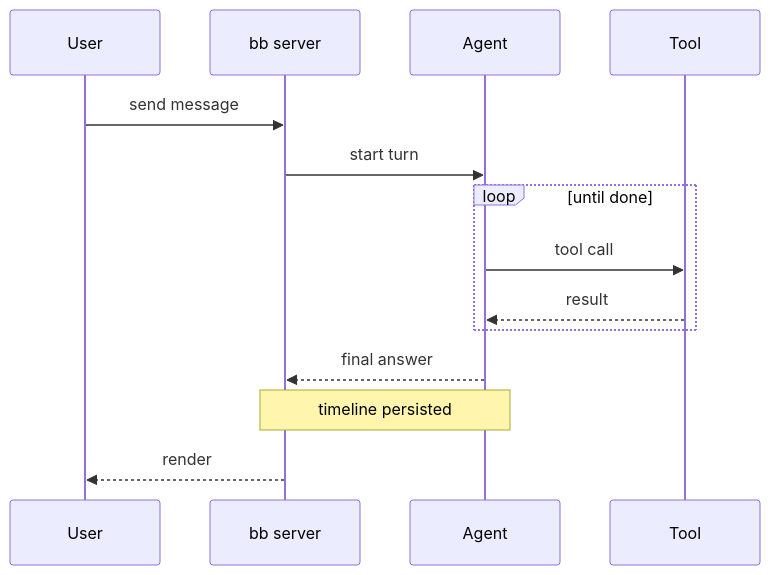
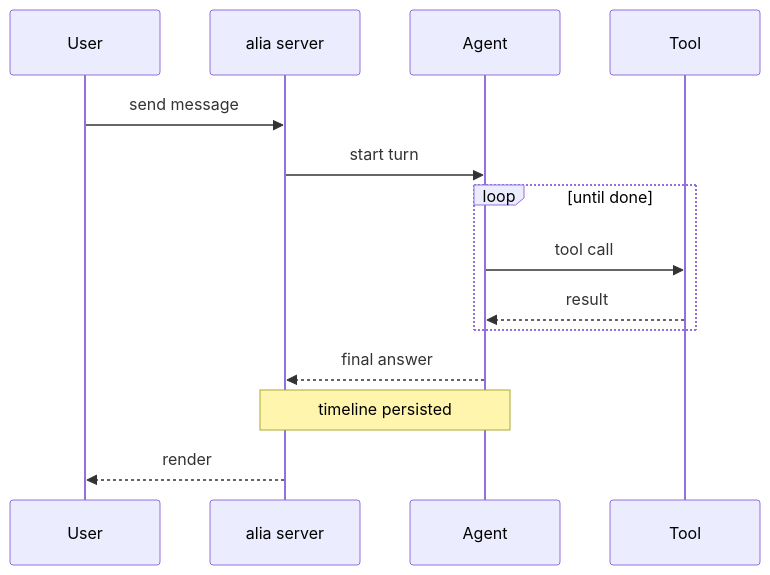
Before and after one commit to Vesnalia/vesnalia-plugins: the third of 18 diagrams in plugins/agentic-mermaid/gallery.md, drawn with Mermaid. The commit also changed other lines of this file and 13306 other files, not shown here.

````diff
--- a/plugins/agentic-mermaid/gallery.md
+++ b/plugins/agentic-mermaid/gallery.md
@@ -43,16 +43,16 @@
 ```mermaid
 sequenceDiagram
   participant U as User
-  participant B as bb server
+  participant B as alia server
   participant A as Agent
   participant T as Tool
   U->>B: send message
   B->>A: start turn
   loop until done
     A->>T: tool call
     T-->>A: result
   end
   A-->>B: final answer
   Note over B,A: timeline persisted
   B-->>U: render
 ```
````
